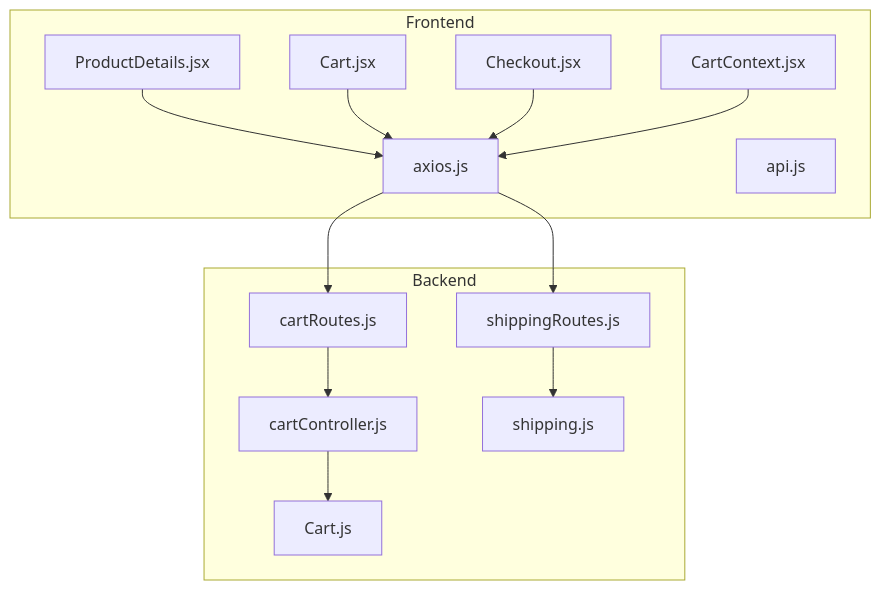
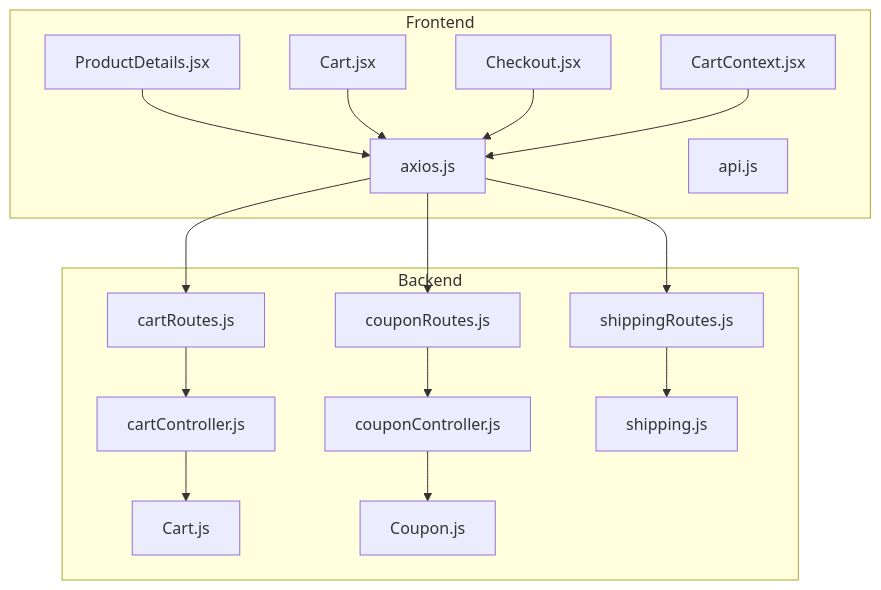
One commit to Pavan-PSPK9032/TrendsandToss changed the first of 11 diagrams in .qoder/repowiki/en/content/Shopping Experience/Shopping Cart Management.md. Above: the diagram before and after it, drawn with Mermaid. The commit also changed other lines of this file and 16 other files, not shown here.

````diff
--- a/.qoder/repowiki/en/content/Shopping Experience/Shopping Cart Management.md
+++ b/.qoder/repowiki/en/content/Shopping Experience/Shopping Cart Management.md
@@ -37,27 +52,33 @@
 ```mermaid
 graph TB
 subgraph "Frontend"
 CC["CartContext.jsx"]
 CART["Cart.jsx"]
 CHECKOUT["Checkout.jsx"]
 AXIOS["axios.js"]
 API["api.js"]
 PD["ProductDetails.jsx"]
 end
 subgraph "Backend"
 ROUTES_CART["cartRoutes.js"]
 CTRL_CART["cartController.js"]
 MODEL_CART["Cart.js"]
+ROUTES_COUPON["couponRoutes.js"]
+CTRL_COUPON["couponController.js"]
+MODEL_COUPON["Coupon.js"]
 ROUTES_SHIP["shippingRoutes.js"]
 UTIL_SHIP["shipping.js"]
 end
 PD --> AXIOS
 CART --> AXIOS
 CHECKOUT --> AXIOS
 CC --> AXIOS
 AXIOS --> ROUTES_CART
+AXIOS --> ROUTES_COUPON
 AXIOS --> ROUTES_SHIP
 ROUTES_CART --> CTRL_CART
 CTRL_CART --> MODEL_CART
+ROUTES_COUPON --> CTRL_COUPON
+CTRL_COUPON --> MODEL_COUPON
 ROUTES_SHIP --> UTIL_SHIP
 ```
````
